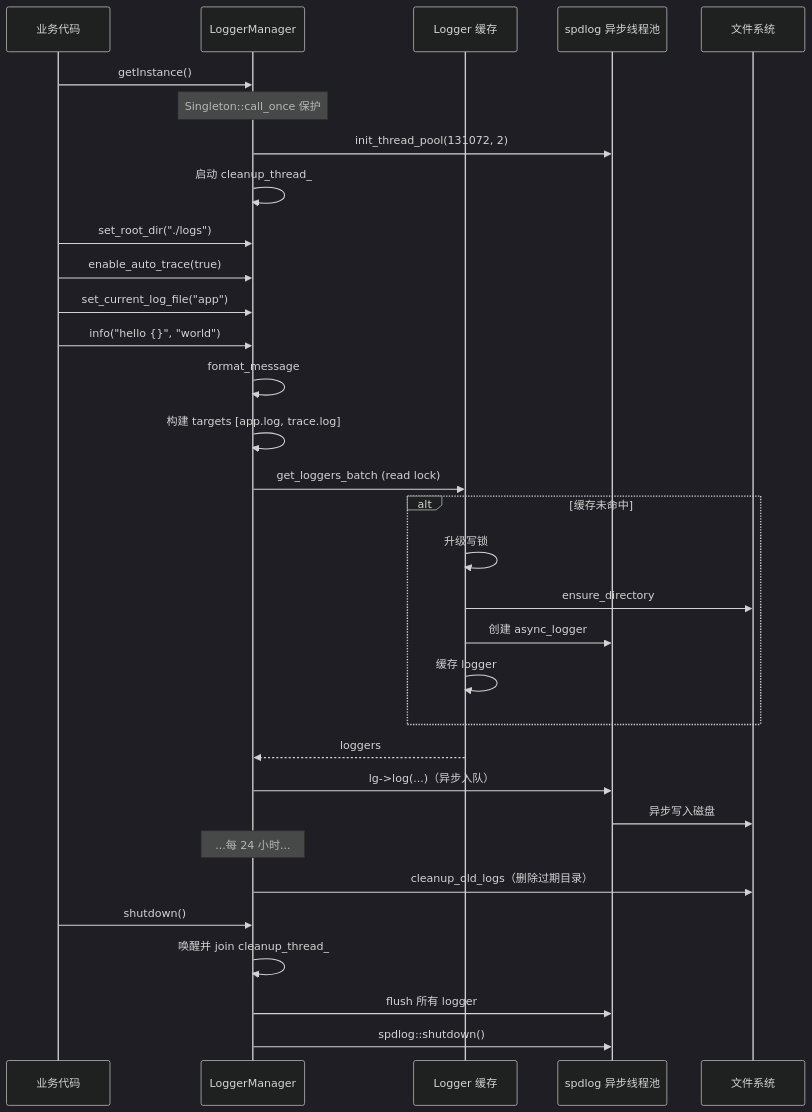
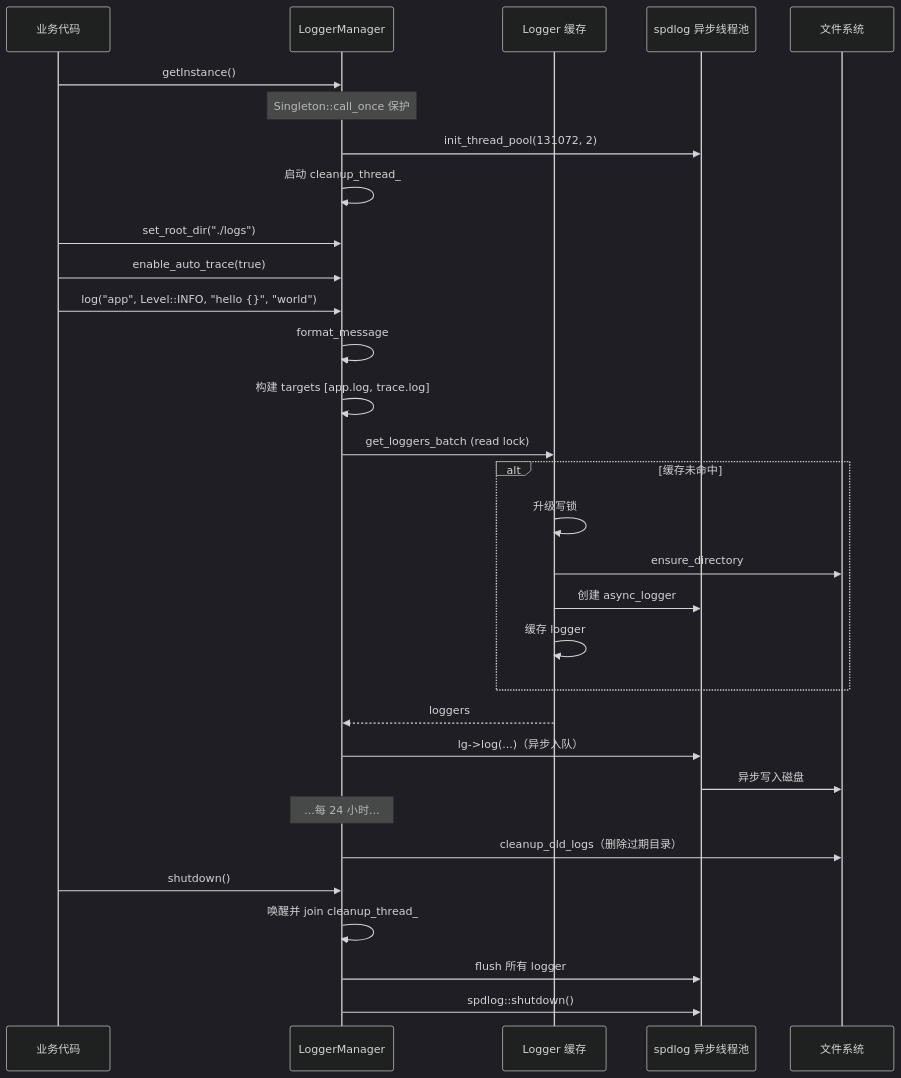
The eighth of 8 diagrams in docs/realize/LoggerManager实现文档.md (pioneer-tonight-tlhe/QtModules), drawn with Mermaid (dark theme) before and after one commit. The commit also changed other lines of this file and 129 other files, not shown here.

````diff
--- a/docs/realize/LoggerManager实现文档.md
+++ b/docs/realize/LoggerManager实现文档.md
@@ -324,39 +321,38 @@
 ```mermaid
 sequenceDiagram
     participant App as 业务代码
     participant LM as LoggerManager
     participant Cache as Logger 缓存
     participant SP as spdlog 异步线程池
     participant FS as 文件系统
 
     App->>LM: getInstance()
     Note over LM: Singleton::call_once 保护
     LM->>SP: init_thread_pool(131072, 2)
     LM->>LM: 启动 cleanup_thread_
 
     App->>LM: set_root_dir("./logs")
     App->>LM: enable_auto_trace(true)
-    App->>LM: set_current_log_file("app")
 
-    App->>LM: info("hello {}", "world")
+    App->>LM: log("app", Level::INFO, "hello {}", "world")
     LM->>LM: format_message
     LM->>LM: 构建 targets [app.log, trace.log]
     LM->>Cache: get_loggers_batch (read lock)
     alt 缓存未命中
         Cache->>Cache: 升级写锁
         Cache->>FS: ensure_directory
         Cache->>SP: 创建 async_logger
         Cache->>Cache: 缓存 logger
     end
     Cache-->>LM: loggers
     LM->>SP: lg->log(...)（异步入队）
     SP->>FS: 异步写入磁盘
 
     Note over LM: ...每 24 小时...
     LM->>FS: cleanup_old_logs（删除过期目录）
 
     App->>LM: shutdown()
     LM->>LM: 唤醒并 join cleanup_thread_
     LM->>SP: flush 所有 logger
     LM->>SP: spdlog::shutdown()
 ```
````
